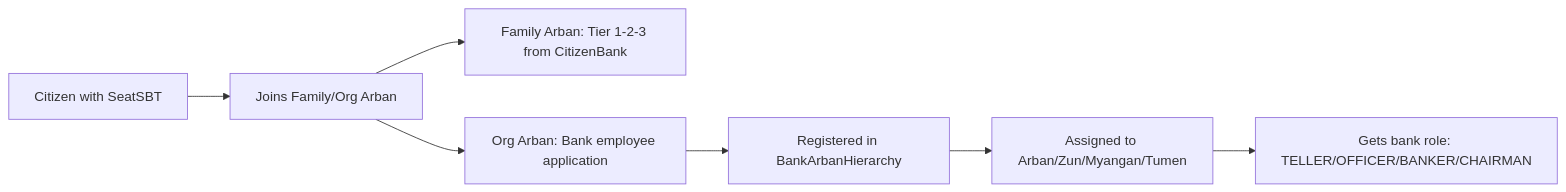
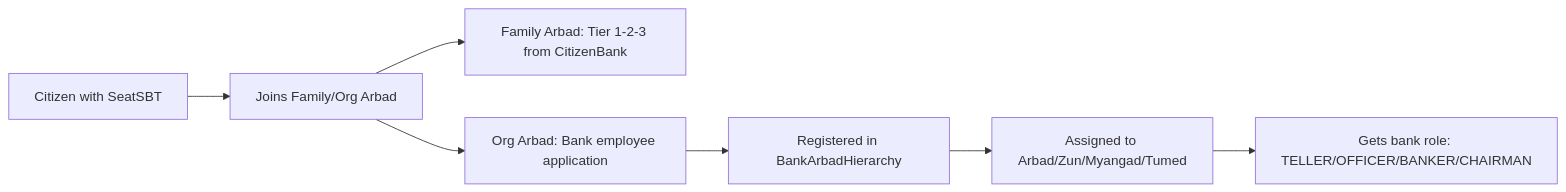
One commit to Khongirad/INOMAD changed the diagram in docs/architecture/bank_hierarchy_integration.md. Above: the diagram before and after it, drawn with Mermaid. The commit also changed other lines of this file and 217 other files, not shown here.

````diff
--- a/docs/architecture/bank_hierarchy_integration.md
+++ b/docs/architecture/bank_hierarchy_integration.md
@@ -44,9 +44,9 @@
 ```mermaid
 graph LR
-    A[Citizen with SeatSBT] --> B[Joins Family/Org Arban]
-    B --> C[Family Arban: Tier 1-2-3 from CitizenBank]
-    B --> D[Org Arban: Bank employee application]
-    D --> E[Registered in BankArbanHierarchy]
-    E --> F[Assigned to Arban/Zun/Myangan/Tumen]
+    A[Citizen with SeatSBT] --> B[Joins Family/Org Arbad]
+    B --> C[Family Arbad: Tier 1-2-3 from CitizenBank]
+    B --> D[Org Arbad: Bank employee application]
+    D --> E[Registered in BankArbadHierarchy]
+    E --> F[Assigned to Arbad/Zun/Myangad/Tumed]
     F --> G[Gets bank role: TELLER/OFFICER/BANKER/CHAIRMAN]
 ```
````
